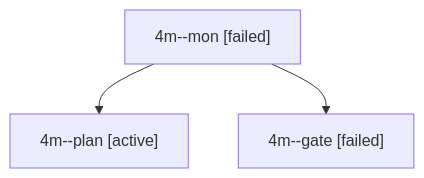
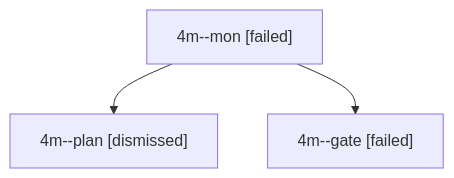
Before and after one commit to bobs-org/bob-cli--agents: the diagram in sessions/bbugyi200.apollo.4m.md, drawn with Mermaid. The commit also changed other lines of this file and 26 other files, not shown here.

````diff
--- a/sessions/bbugyi200.apollo.4m.md
+++ b/sessions/bbugyi200.apollo.4m.md
@@ -9,8 +9,8 @@
 ```mermaid
 flowchart TD
   n0["4m--mon [failed]"]
-  n1["4m--plan [active]"]
+  n1["4m--plan [dismissed]"]
   n0 --> n1
   n2["4m--gate [failed]"]
   n0 --> n2
 ```
````
